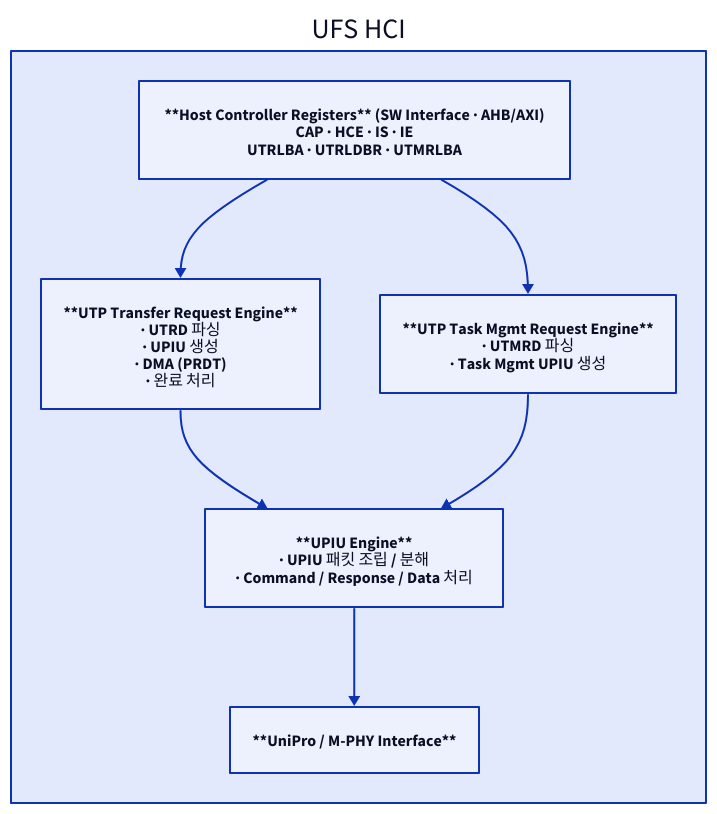
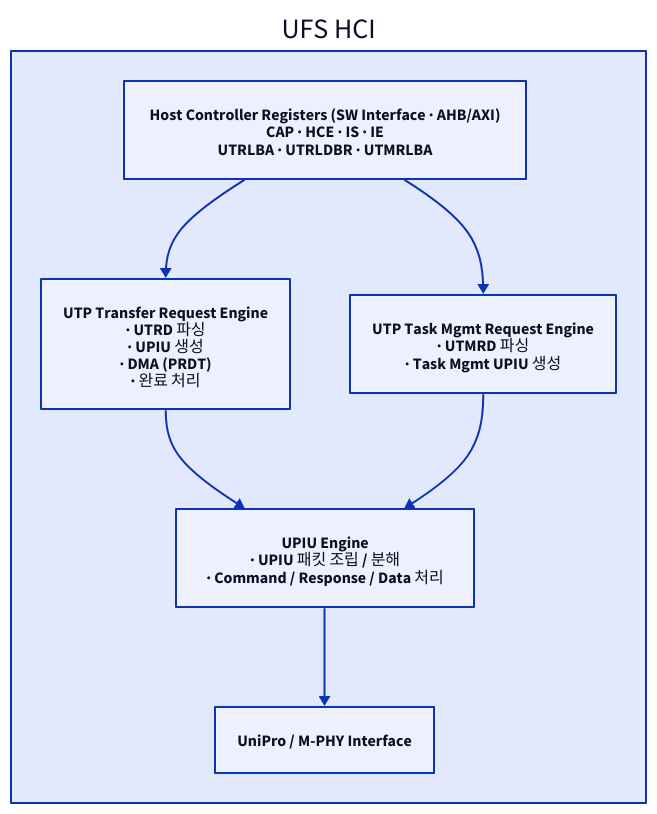
The first of 3 diagrams in starlight_site/src/content/docs/ufs_hci/02_hci_architecture.md (humbleowl39/DV_SKOOL), drawn with D2 before and after one commit. The commit also changed 714 other files, not shown here.

First line of the commit message:
fix(site): d2 다이어그램 가독성 결함 6종 일괄 수정

````diff
--- a/starlight_site/src/content/docs/ufs_hci/02_hci_architecture.md
+++ b/starlight_site/src/content/docs/ufs_hci/02_hci_architecture.md
@@ -52,17 +52,17 @@
 ```d2
 direction: down
 
 HCI: "UFS HCI" {
   direction: down
-  REG: "**Host Controller Registers** (SW Interface · AHB/AXI)\nCAP · HCE · IS · IE\nUTRLBA · UTRLDBR · UTMRLBA"
-  XFER: "**UTP Transfer Request Engine**\n· UTRD 파싱\n· UPIU 생성\n· DMA (PRDT)\n· 완료 처리"
-  TM: "**UTP Task Mgmt Request Engine**\n· UTMRD 파싱\n· Task Mgmt UPIU 생성"
-  UPIU: "**UPIU Engine**\n· UPIU 패킷 조립 / 분해\n· Command / Response / Data 처리"
-  IF: "**UniPro / M-PHY Interface**"
+  REG: "Host Controller Registers (SW Interface · AHB/AXI)\nCAP · HCE · IS · IE\nUTRLBA · UTRLDBR · UTMRLBA"
+  XFER: "UTP Transfer Request Engine\n· UTRD 파싱\n· UPIU 생성\n· DMA (PRDT)\n· 완료 처리"
+  TM: "UTP Task Mgmt Request Engine\n· UTMRD 파싱\n· Task Mgmt UPIU 생성"
+  UPIU: "UPIU Engine\n· UPIU 패킷 조립 / 분해\n· Command / Response / Data 처리"
+  IF: "UniPro / M-PHY Interface"
   REG -> XFER
   REG -> TM
   XFER -> UPIU
   TM -> UPIU
   UPIU -> IF
 }
 ```
````
